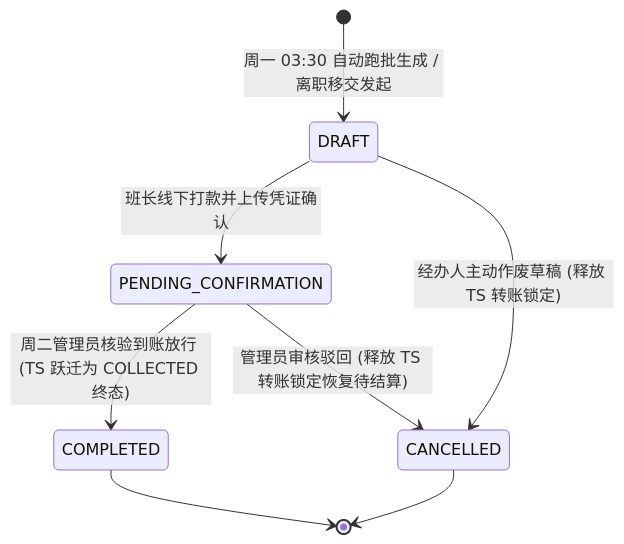
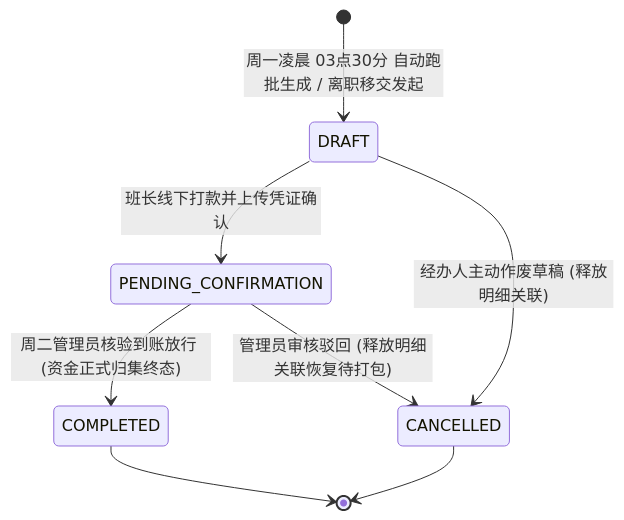
Before and after one commit to Onezao/dream: the second of 6 diagrams in docs/prd/m5a_transfer_collection.md, drawn with Mermaid. The commit also changed other lines of this file and 9 other files, not shown here.

Commit message:
docs: decouple schedule fulfillment from financial settlement, fix mermaid charts, and complete m3b state machines

````diff
--- a/docs/prd/m5a_transfer_collection.md
+++ b/docs/prd/m5a_transfer_collection.md
@@ -138,13 +139,13 @@
 ```mermaid
 stateDiagram-v2
-    [*] --> DRAFT: 周一 03:30 自动跑批生成 / 离职移交发起
+    [*] --> DRAFT: 周一凌晨 03点30分 自动跑批生成 / 离职移交发起
     
     DRAFT --> PENDING_CONFIRMATION: 班长线下打款并上传凭证确认
-    DRAFT --> CANCELLED: 经办人主动作废草稿 (释放 TS 转账锁定)
+    DRAFT --> CANCELLED: 经办人主动作废草稿 (释放明细关联)
     
-    PENDING_CONFIRMATION --> COMPLETED: 周二管理员核验到账放行 (TS 跃迁为 COLLECTED 终态)
-    PENDING_CONFIRMATION --> CANCELLED: 管理员审核驳回 (释放 TS 转账锁定恢复待结算)
+    PENDING_CONFIRMATION --> COMPLETED: 周二管理员核验到账放行 (资金正式归集终态)
+    PENDING_CONFIRMATION --> CANCELLED: 管理员审核驳回 (释放明细关联恢复待打包)
     
     COMPLETED --> [*]
     CANCELLED --> [*]
 ```
````
